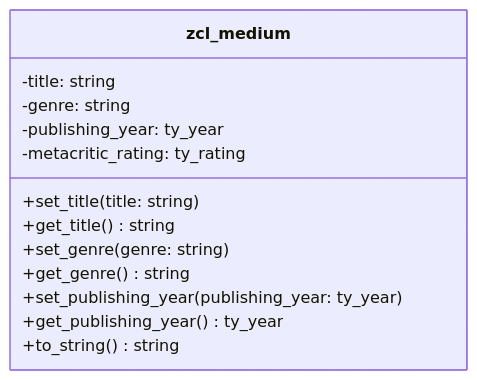
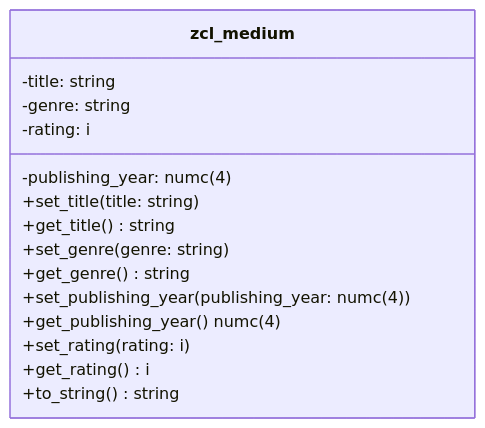
Before and after one commit to appenmaier/s4hana: the diagram in docs/exercises/abap-objects/abap-objects-01.md, drawn with Mermaid.

````diff
--- a/docs/exercises/abap-objects/abap-objects-01.md
+++ b/docs/exercises/abap-objects/abap-objects-01.md
@@ -10,16 +10,18 @@
 ```mermaid
 classDiagram
    class zcl_medium {
       -title: string
       -genre: string
-      -publishing_year: ty_year
-      -metacritic_rating: ty_rating 
+      -publishing_year: numc(4)
+      -rating: i 
       +set_title(title: string)
       +get_title() string
       +set_genre(genre: string)
       +get_genre() string
-      +set_publishing_year(publishing_year: ty_year)
-      +get_publishing_year() ty_year
+      +set_publishing_year(publishing_year: numc(4))
+      +get_publishing_year() numc(4)
+      +set_rating(rating: i)
+      +get_rating() i
       +to_string() string
    }
 ```
````
